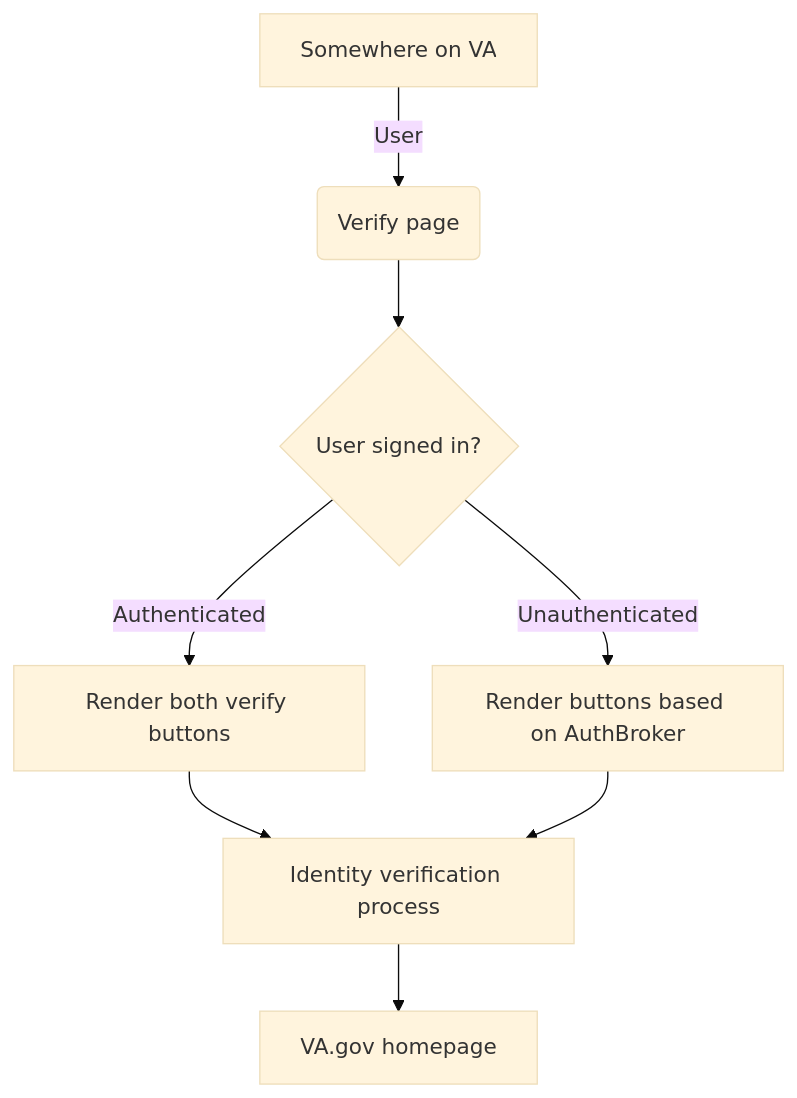
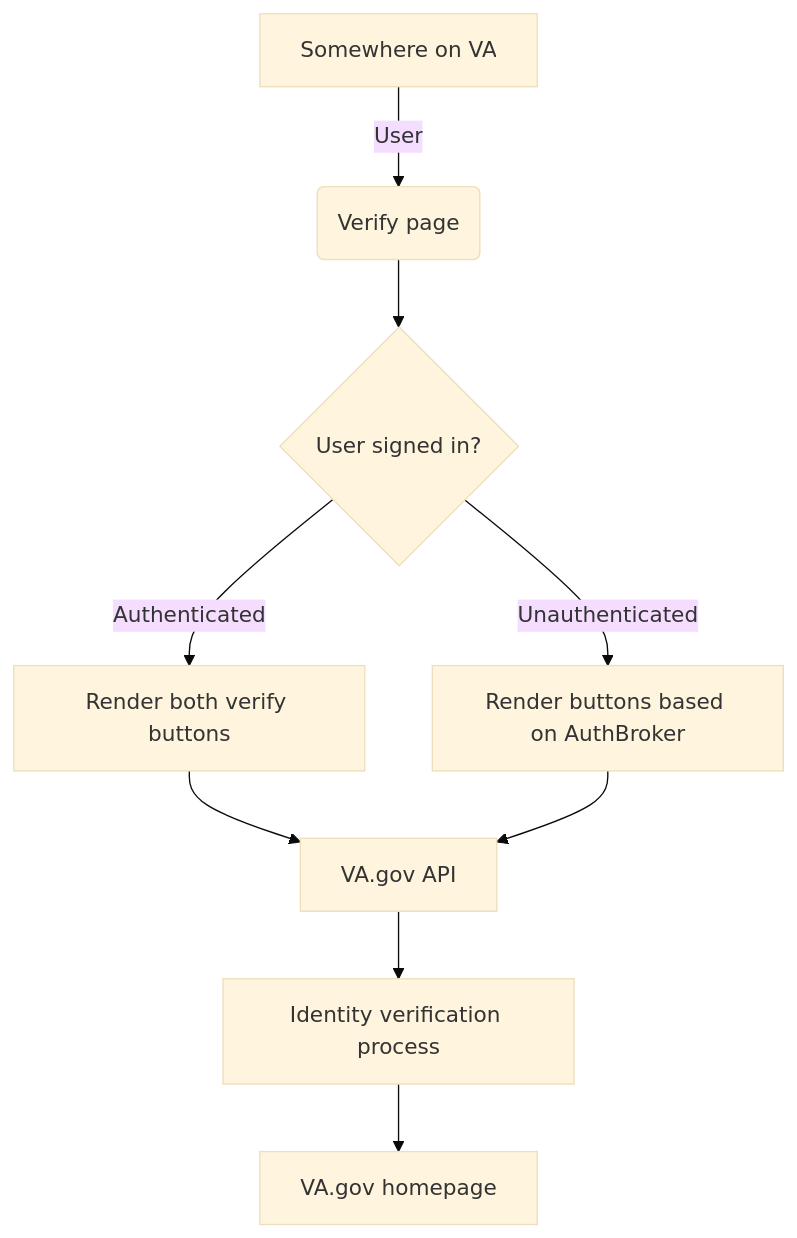
One commit to department-of-veterans-affairs/va.gov-team changed the diagram in products/identity/Frontend/applications/verify.md. Above: the diagram before and after it, drawn with Mermaid (base theme).

````diff
--- a/products/identity/Frontend/applications/verify.md
+++ b/products/identity/Frontend/applications/verify.md
@@ -31,10 +31,11 @@
 ```mermaid
 flowchart TD
     A[Somewhere on VA] -->|User| B(Verify page)
     B --> C{User signed in?}
     C -->|Authenticated| D[Render both verify buttons]
     C -->|Unauthenticated| E[Render buttons based on AuthBroker]
-    D --> F[Identity verification process]
-    E --> F[Identity verification process]
-    F --> G[VA.gov homepage]
+    D --> F[VA.gov API]
+    E --> F[VA.gov API]
+    F --> G[Identity verification process]
+    G --> H[VA.gov homepage]
 ```
````
